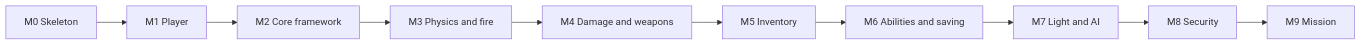
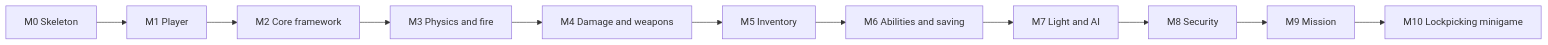
The second of 2 diagrams in design/README.md (matts2cant/im-sim-proto), drawn with Mermaid before and after one commit. The commit also changed other lines of this file and 9 other files, not shown here.

Commit message:
Design: realistic lockpicking minigame (ADR 0073), planned as M10

````diff
--- a/design/README.md
+++ b/design/README.md
@@ -41,12 +41,13 @@
 ```mermaid
 flowchart LR
     M0["M0 Skeleton"] --> M1["M1 Player"]
     M1 --> M2["M2 Core framework"]
     M2 --> M3["M3 Physics and fire"]
     M3 --> M4["M4 Damage and weapons"]
     M4 --> M5["M5 Inventory"]
     M5 --> M6["M6 Abilities and saving"]
     M6 --> M7["M7 Light and AI"]
     M7 --> M8["M8 Security"]
     M8 --> M9["M9 Mission"]
+    M9 --> M10["M10 Lockpicking minigame"]
 ```
````
